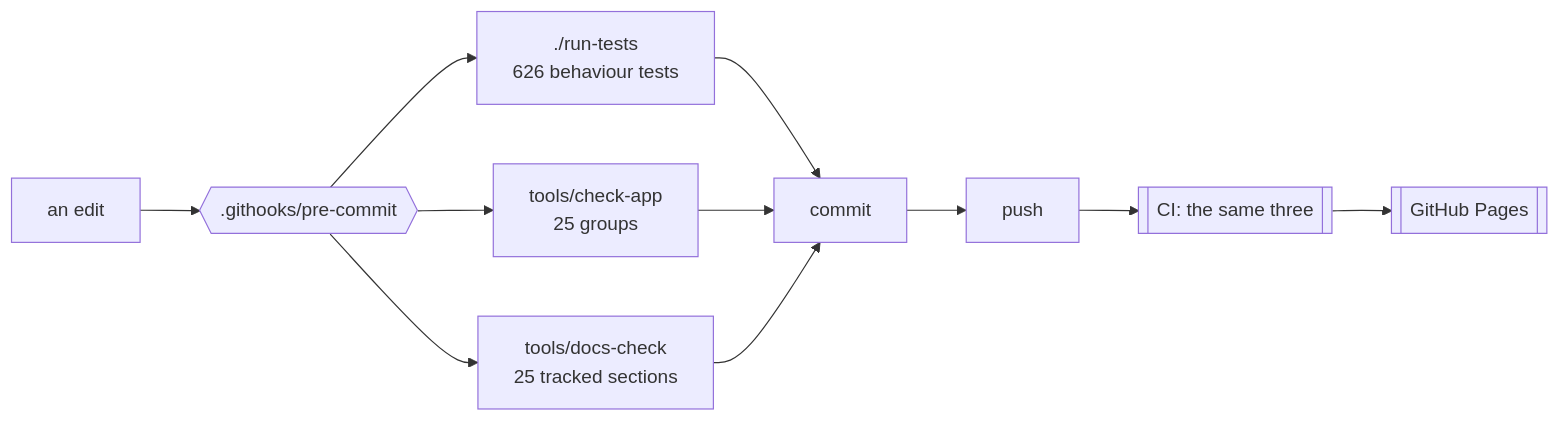
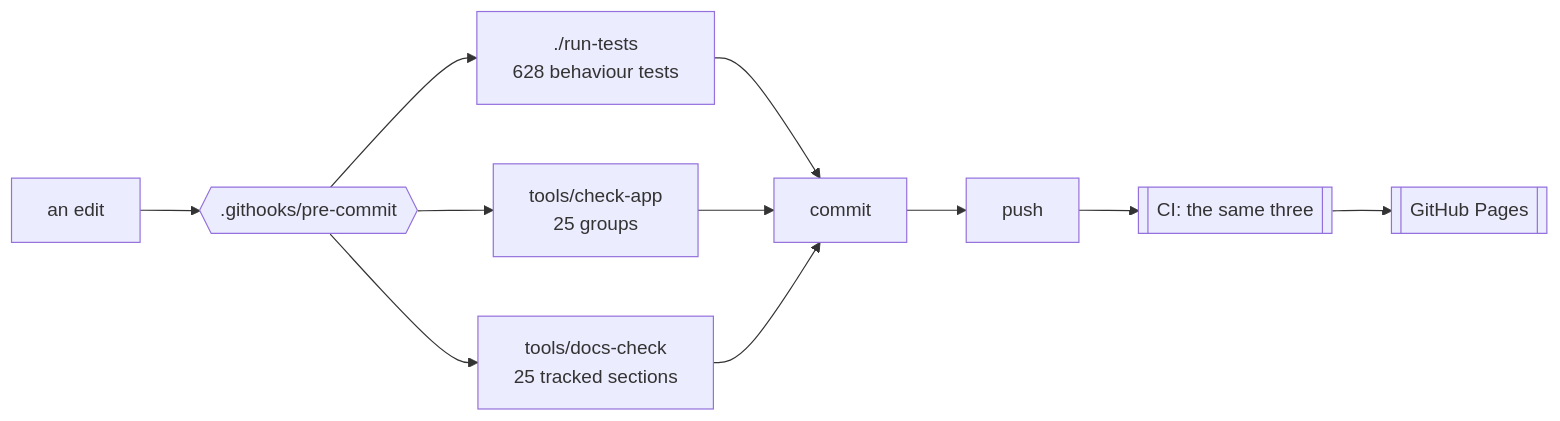
One commit to minormending/crystal-pilot-mobile changed the first of 2 diagrams in docs/DEVELOPING.md. Above: the diagram before and after it, drawn with Mermaid. The commit also changed other lines of this file and 8 other files, not shown here.

````diff
--- a/docs/DEVELOPING.md
+++ b/docs/DEVELOPING.md
@@ -15,12 +15,12 @@
 ```mermaid
 flowchart LR
     E[an edit] --> H{{".githooks/pre-commit"}}
-    H --> T["./run-tests<br/>626 behaviour tests"]
+    H --> T["./run-tests<br/>628 behaviour tests"]
     H --> C["tools/check-app<br/>25 groups"]
     H --> D["tools/docs-check<br/>25 tracked sections"]
     T --> OK[commit]
     C --> OK
     D --> OK
     OK --> P[push] --> CI[["CI: the same three"]]
     CI --> PG[[GitHub Pages]]
 ```
````
